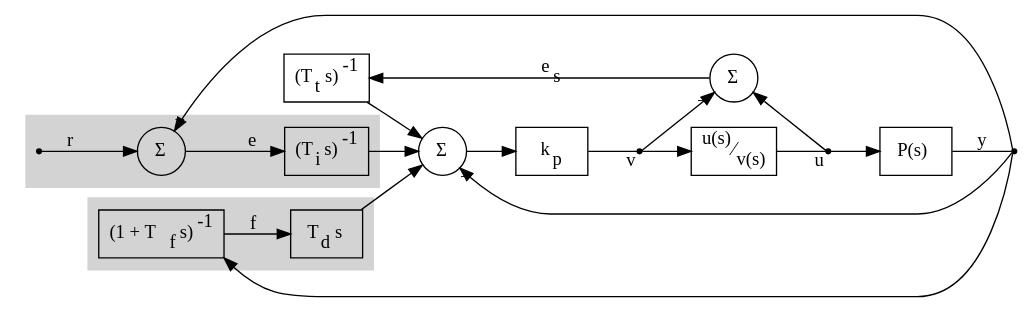
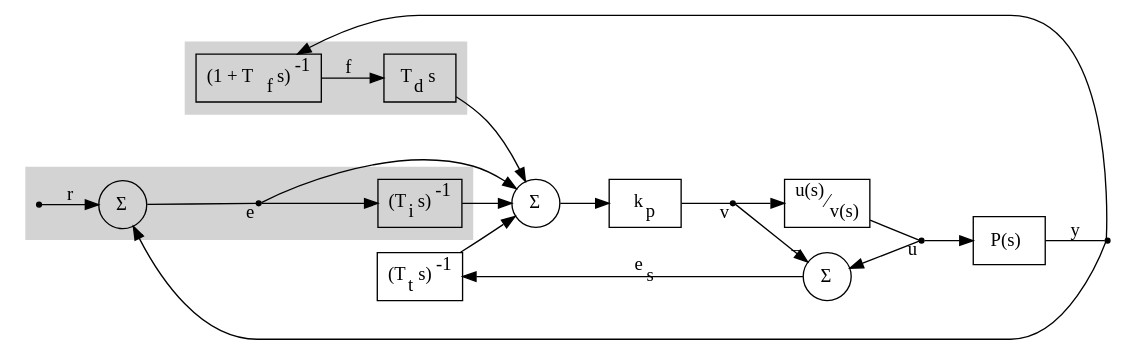
Before and after one commit to RhysU/suzerain: the diagram in writeups/helm.dot, drawn with Graphviz.

Commit message:
suzerain: #3012 fix proportional term

```diff
--- a/writeups/helm.dot
+++ b/writeups/helm.dot
@@ -1,51 +1,54 @@
 digraph g {
 
     rankdir=LR;
     style=filled;     // DEBUG
     color=lightgrey;  // DEBUG
 
     subgraph cluster_0 {
         D      [shape=record, label=<T<SUB>d</SUB>&thinsp;s>];
         filter [shape=record, label=<(1 + T<SUB>f</SUB>&thinsp;s)<SUP>-1</SUP>>];
     }
 
     subgraph cluster_1 {
         r     [shape=point];
-        sumIt [shape=circle, label=<&#931;>];
+        sum_e [shape=circle, label=<&#931;>];
+        e     [shape=point];
         Ii    [shape=record, label=<(T<SUB>i</SUB>&thinsp;s)<SUP>-1</SUP>>];
     }
 
     sum_gain [shape=circle, label=<&#931;>];
     gain     [shape=record, label=<k<SUB>p</SUB>>];
     v        [shape=point];
     actuator [shape=record, label=<<SUP>u(s)</SUP>&frasl;<SUB>v(s)</SUB>>];
-    u        [shape=point,  label=<u>];
+    u        [shape=point];
     process  [shape=record, label=<P(s)>];
     y        [shape=point];
     It       [shape=record, label=<(T<SUB>t</SUB>&thinsp;s)<SUP>-1</SUP>>];
     sum_es   [shape=circle, label=<&#931;>];
 
     actuator -> u        [arrowhead=none, headlabel=<u>];
     filter   -> D        [label=<f>];
     gain     -> v        [arrowhead=none, headlabel=<v>];
     u        -> process  [];
     v        -> actuator [];
 
     D        -> sum_gain [];
     It       -> sum_gain [];
     Ii       -> sum_gain [];
     sum_gain -> gain     [];
 
-    r        -> sumIt    [label=<r>];
-    sumIt    -> Ii       [label=<e>];
+    r        -> sum_e    [label=<r>];
+    sum_e    -> e        [arrowhead=none, headlabel=<e>];
+    e        -> Ii       [];
+
+    e        -> sum_gain [];
 
     It       -> sum_es   [dir=back, label=<e<SUB>s</SUB>>];
     sum_es   -> u        [dir=back];
     v        -> sum_es   [headlabel=<&#8722;>];
 
-    process  -> y        [arrowhead=none, label=<y>, weight=2];
-    filter   -> y        [dir=back, tailport=se];
-    sum_gain -> y        [dir=back, taillabel=<&#8722;>];
-    sumIt    -> y        [dir=back, taillabel=<&#8722;>];
+    process  -> y        [arrowhead=none, label=<y>, weight=1];
+    filter   -> y        [dir=back];
+    sum_e    -> y        [dir=back, taillabel=<&#8722;>];
 
 }
```
